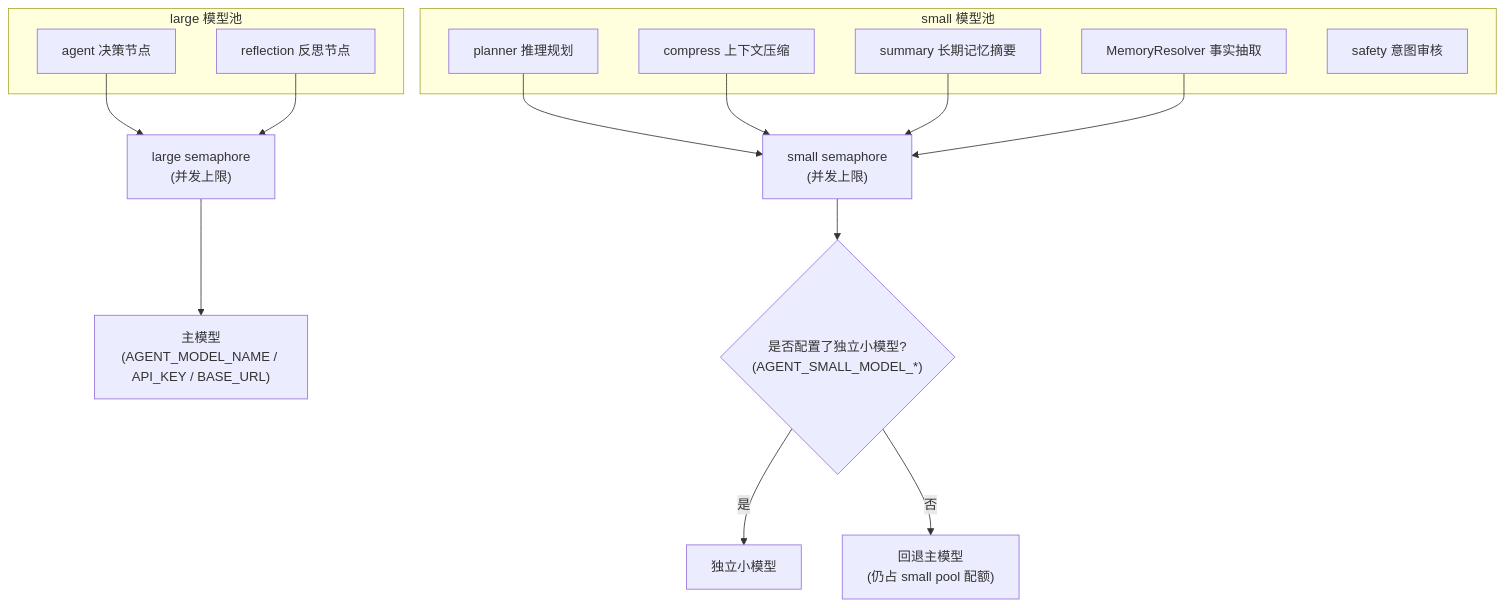
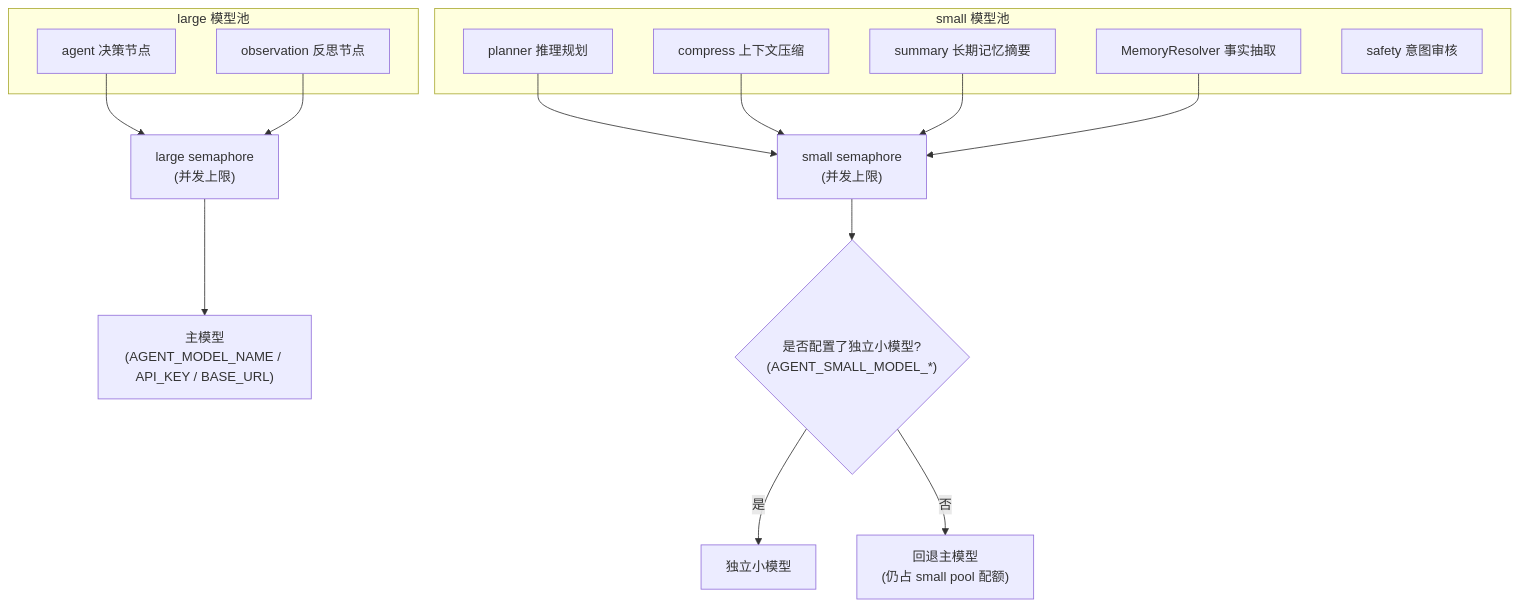
Before and after one commit to xiao-Huahuo/Agent-Core-Service: diagram 11 of 14 in README.md, drawn with Mermaid. The commit also changed other lines of this file and 14 other files, not shown here.

````diff
--- a/README.md
+++ b/README.md
@@ -474,28 +474,28 @@
 ```mermaid
 flowchart TD
     subgraph large_pool["large 模型池"]
         L1["agent 决策节点"]
-        L2["reflection 反思节点"]
+        L2["observation 反思节点"]
     end
 
     subgraph small_pool["small 模型池"]
         S1["planner 推理规划"]
         S2["compress 上下文压缩"]
         S3["summary 长期记忆摘要"]
         S4["MemoryResolver 事实抽取"]
         S5["safety 意图审核"]
     end
 
     L1 --> LA["large semaphore\n(并发上限)"]
     L2 --> LA
     S1 --> SA["small semaphore\n(并发上限)"]
     S2 --> SA
     S3 --> SA
     S4 --> SA
 
     LA --> ML["主模型\n(AGENT_MODEL_NAME / API_KEY / BASE_URL)"]
     SA --> M2{"是否配置了独立小模型?\n(AGENT_SMALL_MODEL_*)"}
 
     M2 -->|"是"| ML2["独立小模型"]
     M2 -->|"否"| MF2["回退主模型\n(仍占 small pool 配额)"]
 ```
````
